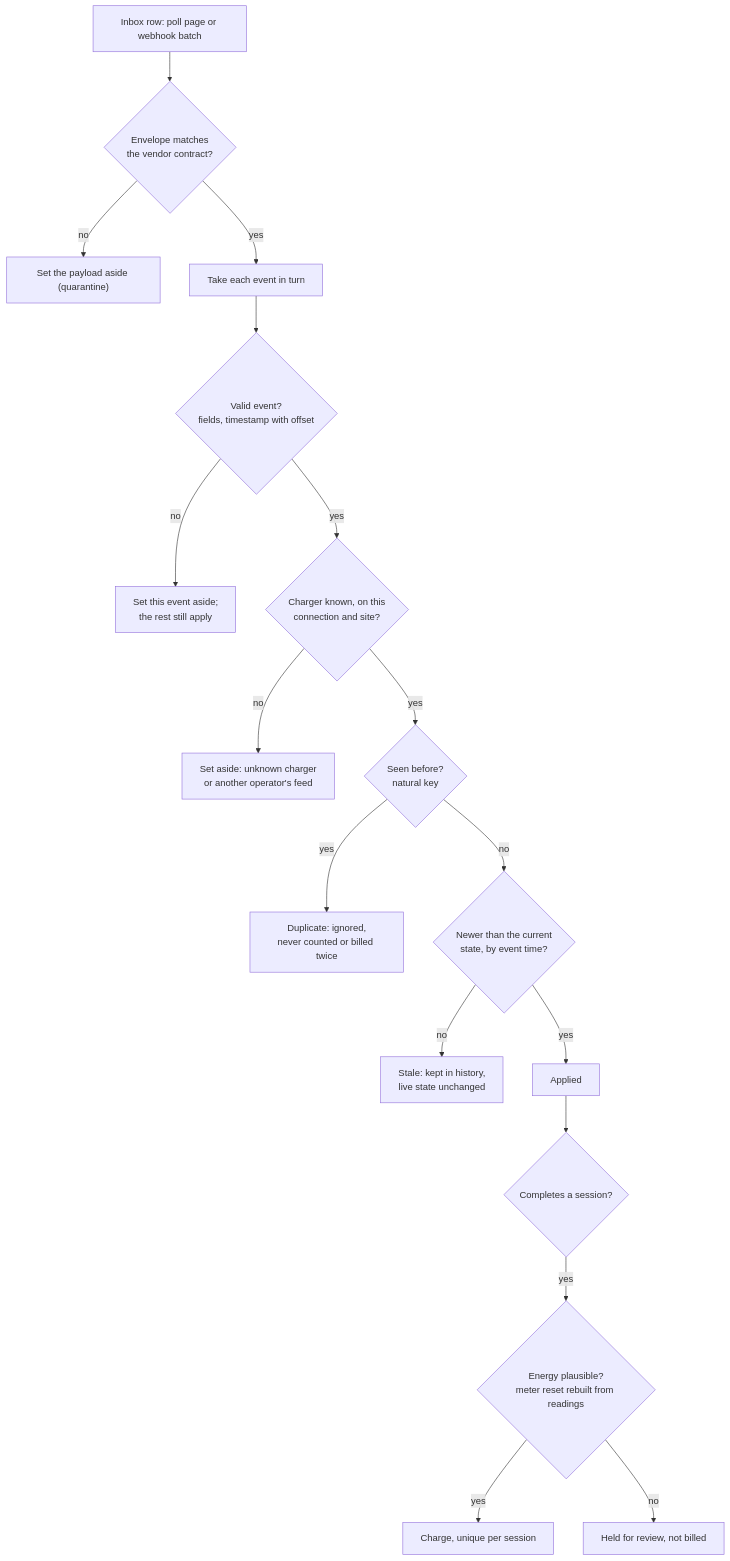
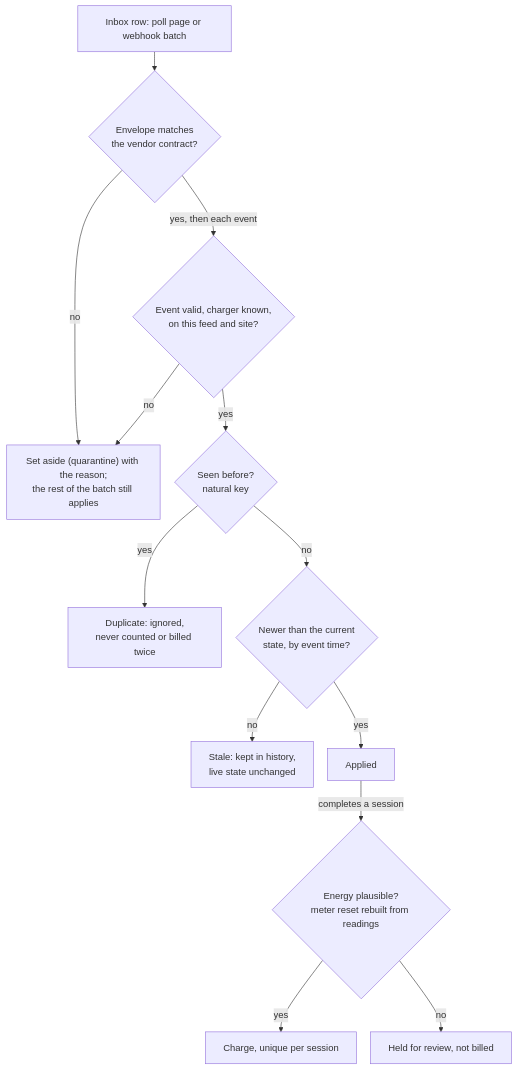
Before and after one commit to thechampsant/gridwatch: the fourth of 8 diagrams in README.md, drawn with Mermaid. The commit also changed other lines of this file, not shown here.

Commit message:
README: make the event and settlement diagrams more compact
On GitHub, 'Applying an event safely' drew 2,600 px tall and 'Daily settlement' 1,500 px. The three set-aside branches are merged into one, and both use tighter spacing, so they read at full size with far less scrolling.

````diff
--- a/README.md
+++ b/README.md
@@ -258,19 +258,16 @@
 ```mermaid
+%%{init: {"flowchart": {"nodeSpacing": 24, "rankSpacing": 32}}}%%
 flowchart TD
   IN["Inbox row: poll page or webhook batch"] --> ENV{"Envelope matches<br/>the vendor contract?"}
-  ENV -- no --> QE["Set the payload aside (quarantine)"]
-  ENV -- yes --> EV["Take each event in turn"]
-  EV --> VAL{"Valid event?<br/>fields, timestamp with offset"}
-  VAL -- no --> QV["Set this event aside;<br/>the rest still apply"]
-  VAL -- yes --> CAT{"Charger known, on this<br/>connection and site?"}
-  CAT -- no --> QC["Set aside: unknown charger<br/>or another operator's feed"]
-  CAT -- yes --> DUP{"Seen before?<br/>natural key"}
+  ENV -- no --> Q["Set aside (quarantine) with the reason;<br/>the rest of the batch still applies"]
+  ENV -- "yes, then each event" --> VAL{"Event valid, charger known,<br/>on this feed and site?"}
+  VAL -- no --> Q
+  VAL -- yes --> DUP{"Seen before?<br/>natural key"}
   DUP -- yes --> DU["Duplicate: ignored,<br/>never counted or billed twice"]
   DUP -- no --> NEW{"Newer than the current<br/>state, by event time?"}
   NEW -- no --> ST["Stale: kept in history,<br/>live state unchanged"]
   NEW -- yes --> AP["Applied"]
-  AP --> SES{"Completes a session?"}
-  SES -- yes --> PL{"Energy plausible?<br/>meter reset rebuilt from readings"}
+  AP -- "completes a session" --> PL{"Energy plausible?<br/>meter reset rebuilt from readings"}
   PL -- yes --> CH["Charge, unique per session"]
   PL -- no --> HOLD["Held for review, not billed"]
 ```
````
